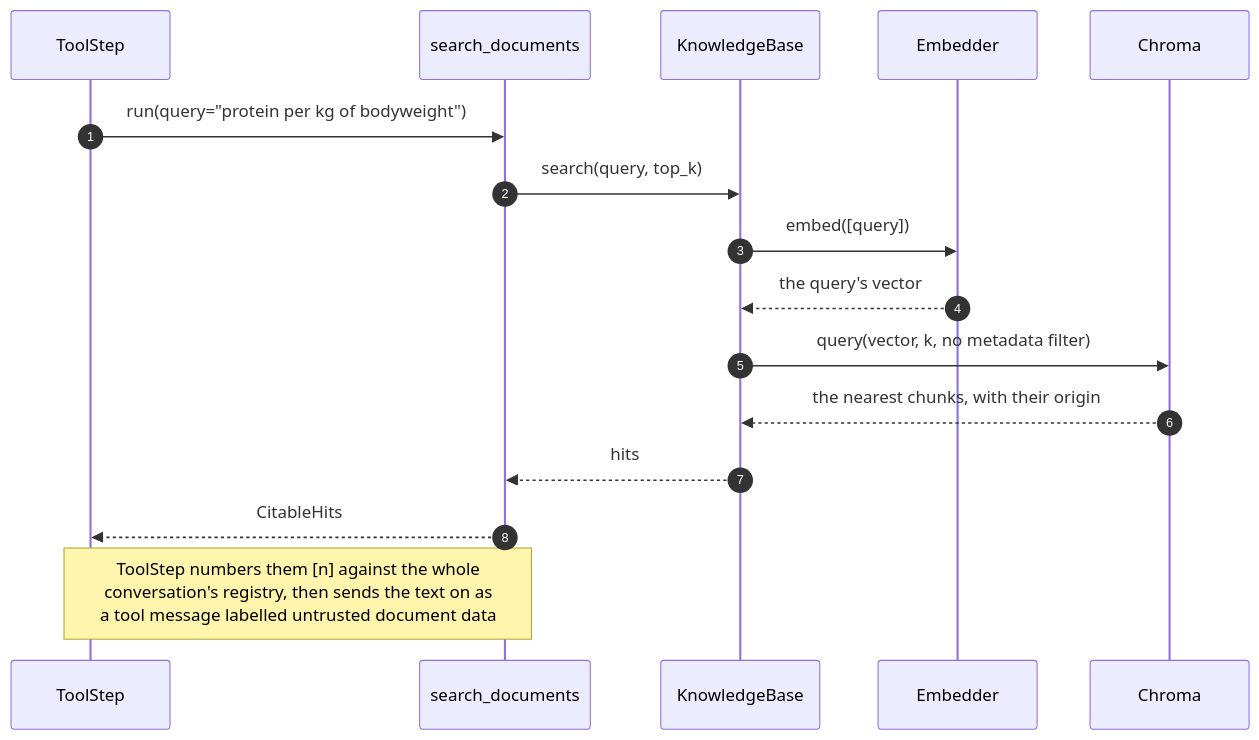
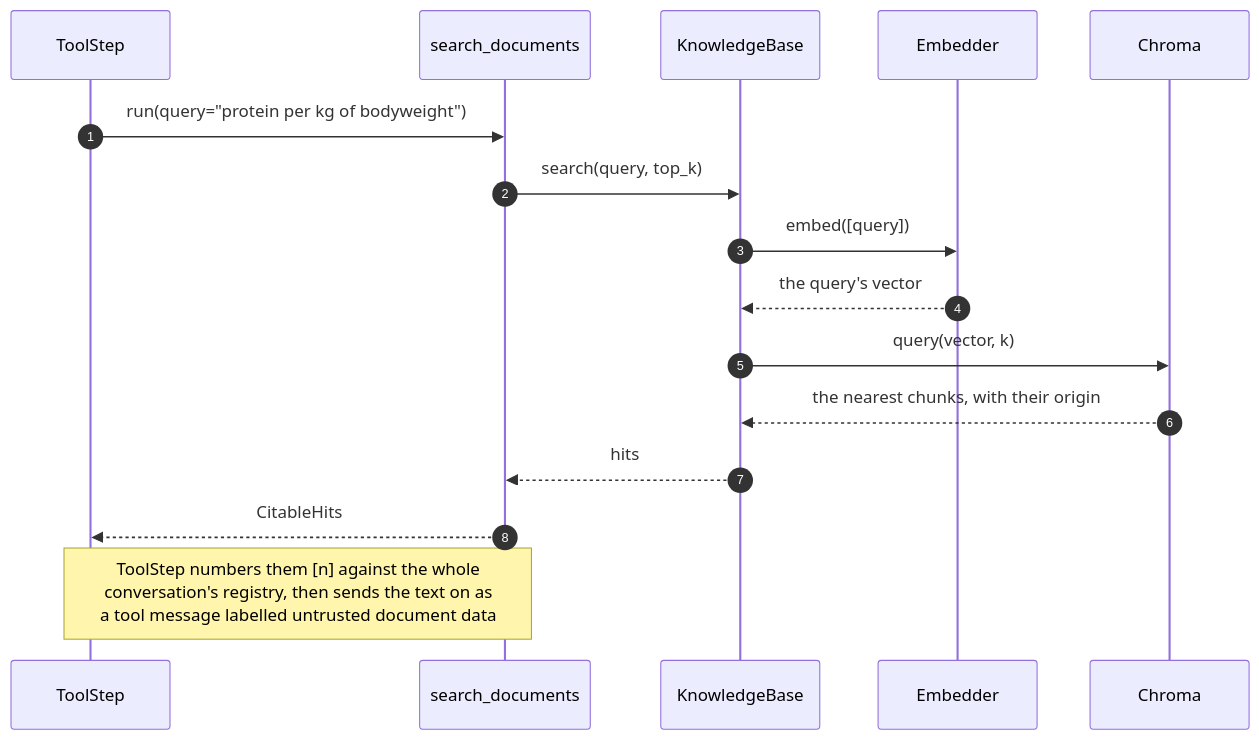
Before and after one commit to aschog/cora: the third of 3 diagrams in docs/happy-path.md, drawn with Mermaid. The commit also changed other lines of this file, not shown here.

````diff
--- a/docs/happy-path.md
+++ b/docs/happy-path.md
@@ -115,19 +115,19 @@
 ```mermaid
 sequenceDiagram
   autonumber
   participant ToolStep
   participant search_documents
   participant KnowledgeBase
   participant Embedder
   participant Chroma
 
   ToolStep->>search_documents: run(query="protein per kg of bodyweight")
   search_documents->>KnowledgeBase: search(query, top_k)
   KnowledgeBase->>Embedder: embed([query])
   Embedder-->>KnowledgeBase: the query's vector
-  KnowledgeBase->>Chroma: query(vector, k, no metadata filter)
+  KnowledgeBase->>Chroma: query(vector, k)
   Chroma-->>KnowledgeBase: the nearest chunks, with their origin
   KnowledgeBase-->>search_documents: hits
   search_documents-->>ToolStep: CitableHits
   Note over ToolStep,search_documents: ToolStep numbers them [n] against the whole<br/>conversation's registry, then sends the text on as<br/>a tool message labelled untrusted document data
 ```
````
